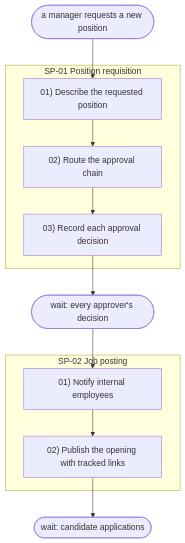
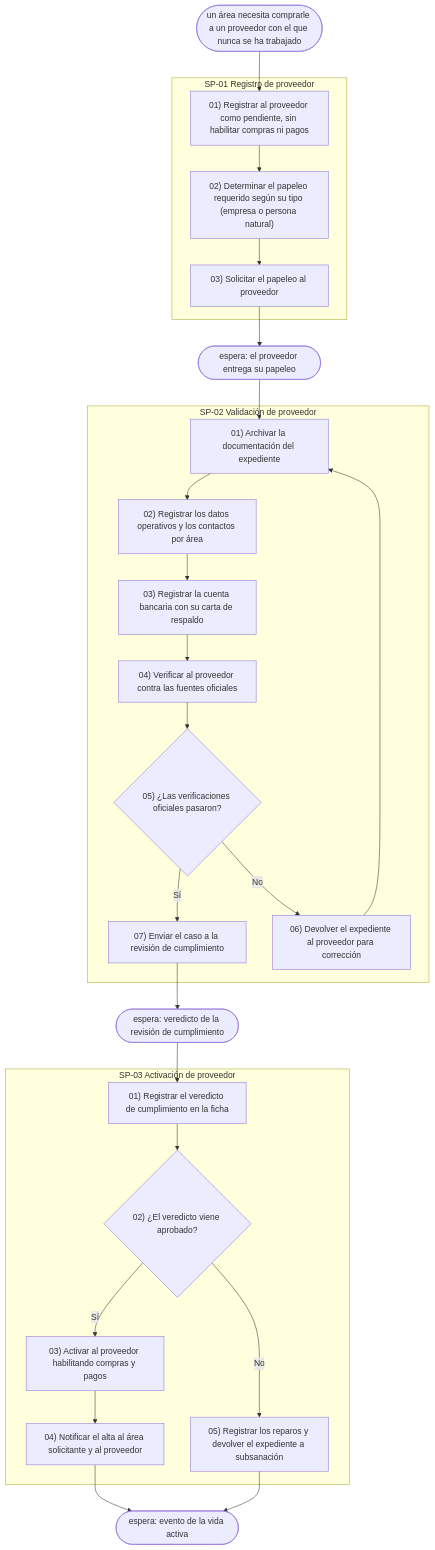
The diagram in skills/opscale-process/references/sample-output.md (opscale-co/skills), drawn with Mermaid before and after one commit. The commit also changed other lines of this file and 75 other files, not shown here.

````diff
--- a/skills/opscale-process/references/sample-output.md
+++ b/skills/opscale-process/references/sample-output.md
@@ -89,15 +117,30 @@
 ```mermaid
 flowchart TD
-%% module: Recruitment
-  t0(["a manager requests a new position"]) --> s01_01
-  subgraph sp01 ["SP-01 Position requisition"]
-    s01_01["01) Describe the requested position"] --> s01_02["02) Route the approval chain"]
-    s01_02 --> s01_03["03) Record each approval decision"]
+%% module: Proveedores
+  t0(["un área necesita comprarle a un proveedor con el que nunca se ha trabajado"]) --> s01_01
+  subgraph sp01 ["SP-01 Registro de proveedor"]
+    s01_01["01) Registrar al proveedor como pendiente, sin habilitar compras ni pagos"] --> s01_02["02) Determinar el papeleo requerido según su tipo (empresa o persona natural)"]
+    s01_02 --> s01_03["03) Solicitar el papeleo al proveedor"]
   end
-  s01_03 --> w01(["wait: every approver's decision"])
+  s01_03 --> w01(["espera: el proveedor entrega su papeleo"])
   w01 --> s02_01
-  subgraph sp02 ["SP-02 Job posting"]
-    s02_01["01) Notify internal employees"] --> s02_02["02) Publish the opening with tracked links"]
+  subgraph sp02 ["SP-02 Validación de proveedor"]
+    s02_01["01) Archivar la documentación del expediente"] --> s02_02["02) Registrar los datos operativos y los contactos por área"]
+    s02_02 --> s02_03["03) Registrar la cuenta bancaria con su carta de respaldo"]
+    s02_03 --> s02_04["04) Verificar al proveedor contra las fuentes oficiales"]
+    s02_04 --> s02_05{"05) ¿Las verificaciones oficiales pasaron?"}
+    s02_05 -- Sí --> s02_07["07) Enviar el caso a la revisión de cumplimiento"]
+    s02_05 -- No --> s02_06["06) Devolver el expediente al proveedor para corrección"]
+    s02_06 --> s02_01
   end
-  s02_02 --> w02(["wait: candidate applications"])
+  s02_07 --> w02(["espera: veredicto de la revisión de cumplimiento"])
+  w02 --> s03_01
+  subgraph sp03 ["SP-03 Activación de proveedor"]
+    s03_01["01) Registrar el veredicto de cumplimiento en la ficha"] --> s03_02{"02) ¿El veredicto viene aprobado?"}
+    s03_02 -- Sí --> s03_03["03) Activar al proveedor habilitando compras y pagos"]
+    s03_02 -- No --> s03_05["05) Registrar los reparos y devolver el expediente a subsanación"]
+    s03_03 --> s03_04["04) Notificar el alta al área solicitante y al proveedor"]
+  end
+  s03_04 --> w03(["espera: evento de la vida activa"])
+  s03_05 --> w03
 ```
````
